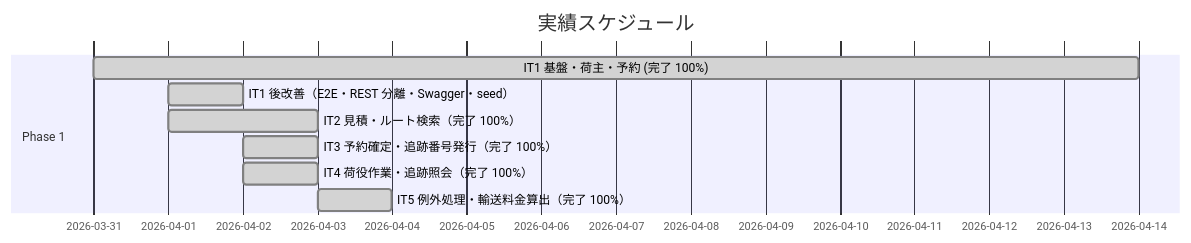
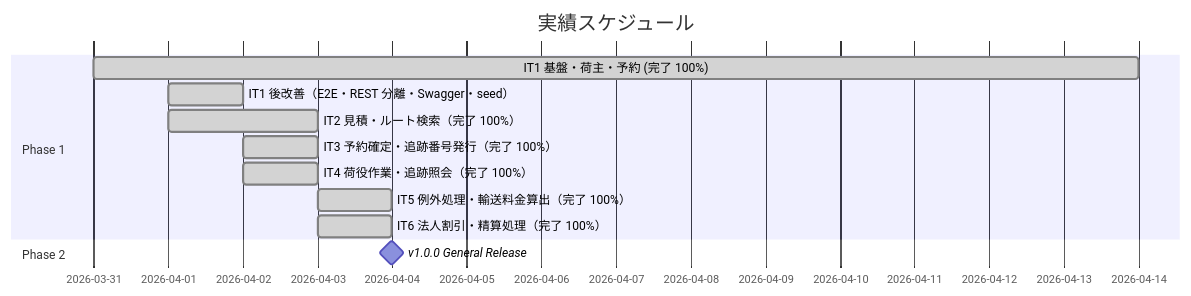
Before and after one commit to k2works/case-study-cargo-tracker: the second of 3 diagrams in docs/development/release_plan.md, drawn with Mermaid. The commit also changed other lines of this file and 1 other file, not shown here.

````diff
--- a/docs/development/release_plan.md
+++ b/docs/development/release_plan.md
@@ -162,13 +162,15 @@
 ```mermaid
 gantt
     title 実績スケジュール
     dateFormat  YYYY-MM-DD
     section Phase 1
     IT1 基盤・荷主・予約 (完了 100%)   :done, it1a, 2026-03-31, 14d
     IT1 後改善（E2E・REST 分離・Swagger・seed） :done, it1b, 2026-04-01, 1d
     IT2 見積・ルート検索（完了 100%）            :done, it2a, 2026-04-01, 2d
     IT3 予約確定・追跡番号発行（完了 100%）      :done, it3a, 2026-04-02, 1d
     IT4 荷役作業・追跡照会（完了 100%）              :done, it4a, 2026-04-02, 1d
     IT5 例外処理・輸送料金算出（完了 100%）          :done, it5a, 2026-04-03, 1d
+    IT6 法人割引・精算処理（完了 100%）              :done, it6a, 2026-04-03, 1d
     section Phase 2
+    v1.0.0 General Release                           :milestone, m2, after it6a, 0d
 ```
````
